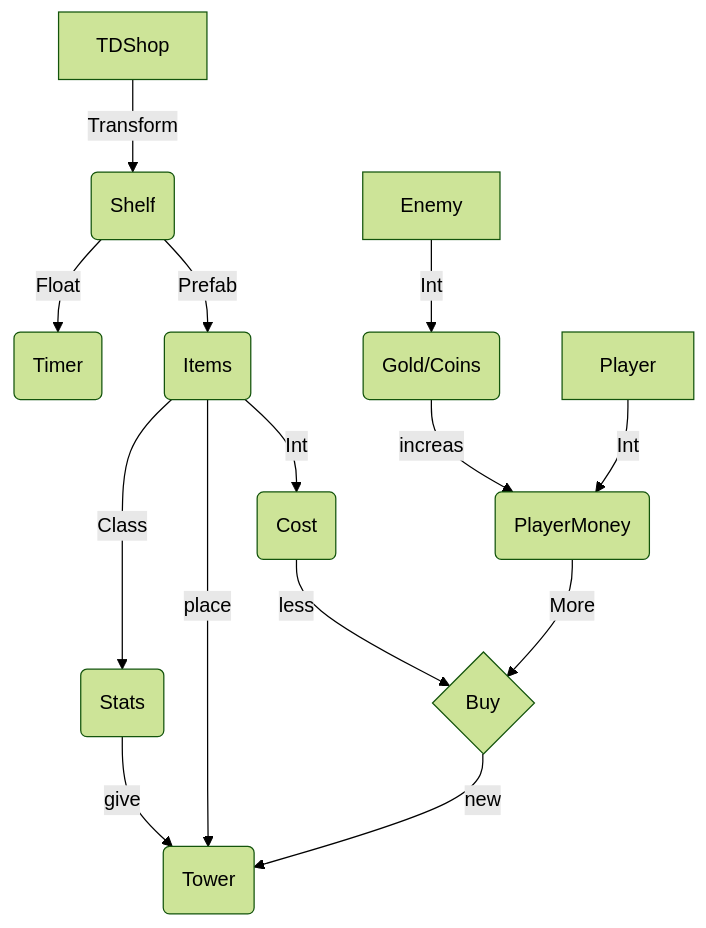
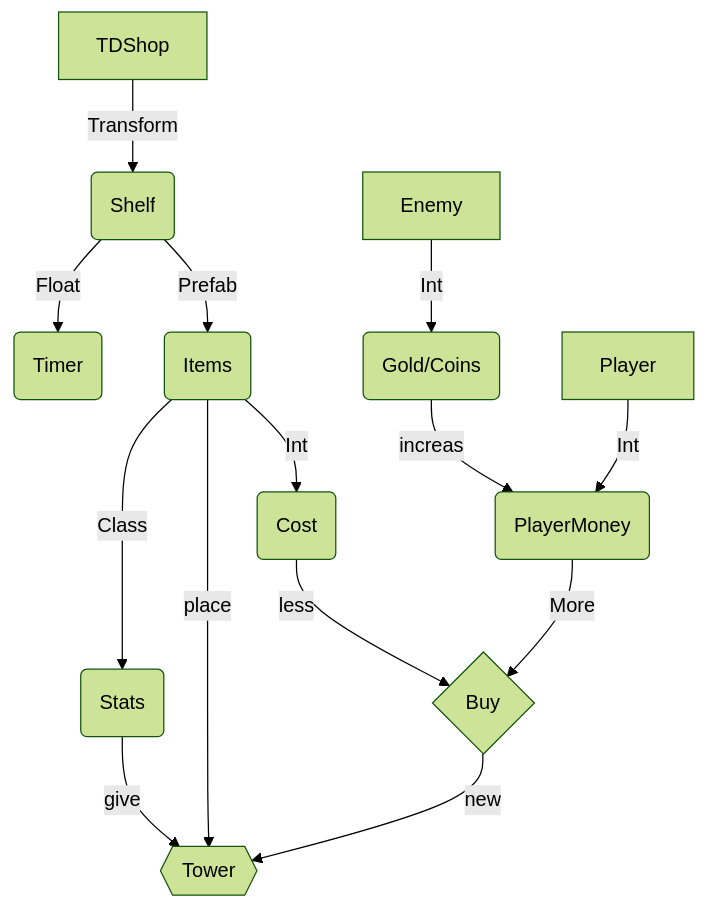
Before and after one commit to braydenbos/BoTowDef: the diagram in README.md, drawn with Mermaid (forest theme).

Commit message:
blockfinal

````diff
--- a/README.md
+++ b/README.md
@@ -2,18 +2,18 @@
 ``` mermaid
     graph TD;
         A[TDShop]
             A -->|Transform|D(Shelf)
                 D-->|Float|E(Timer)
                 D-->|Prefab|F(Items)
                         F -->|Class|G(Stats)
                             G-->|give|H{{Tower}}
-                        F-->|place|H(Tower)
+                        F-->|place|H
                         F -->|Int|I(Cost)
                             I-->|less|J{Buy}
         B[Enemy]
             B -->|Int|K(Gold/Coins)
                 K-->|increas|L(PlayerMoney)
                     L-->|More|J
                         J-->|new|H
         C[Player]-->|Int|L
 ```
````
